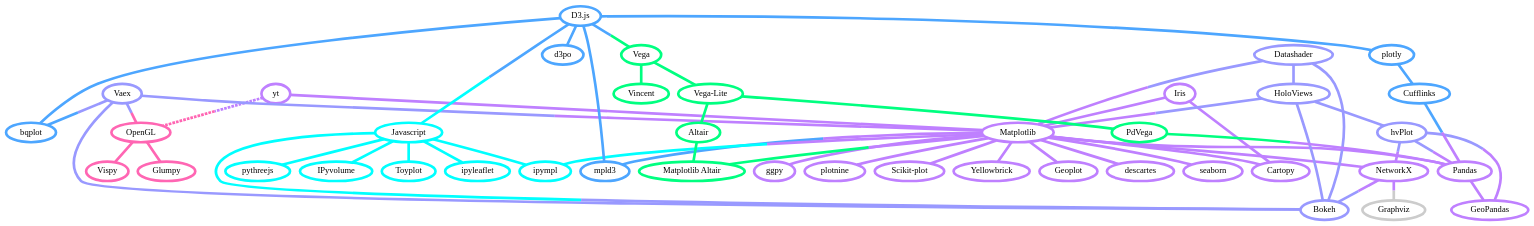
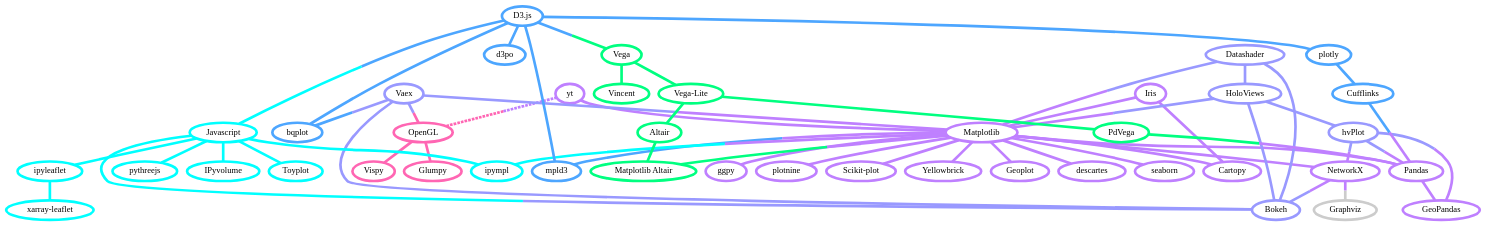
The diagram in docs/overview.rst (veit/pyviz-tutorial-de), drawn with Graphviz before and after one commit. The commit also changed other lines of this file, not shown here.

Commit message:
Add xarray-leaflet to overview

```diff
--- a/docs/overview.rst
+++ b/docs/overview.rst
@@ -314,6 +314,12 @@
             color="#00FFFF",
             target="_top",
             href="../js/ipyleaflet.html"]
+        xarray_leaflet [
+            label="xarray-leaflet",
+            tooltip="xarray extension für Kartendarstellungen",
+            color="#00FFFF",
+            target="_top",
+            href="../js/xarray-leaflet.html"]
         ipympl [
             label="ipympl",
             tooltip="Matplotlib\nJupyter Extension",
@@ -322,6 +328,7 @@
             href="https://jupyter-tutorial.readthedocs.io/de/latest/workspace/jupyter/ipywidgets/libs/ipympl.html"]
         javascript -- ipyvolume [color="#00FFFF"]
         javascript -- ipyleaflet [color="#00FFFF"]
+        ipyleaflet -- xarray_leaflet [color="#00FFFF"]
         javascript -- ipympl [color="#00FFFF"]
         javascript -- toyplot [color="#00FFFF"]
         javascript -- bokeh [color="#00FFFF;0.5:#9999FF"]
```
